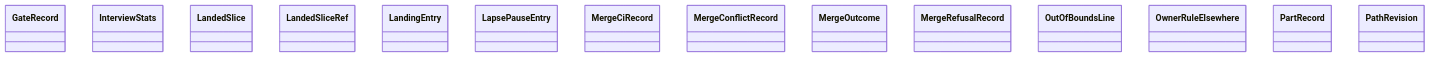
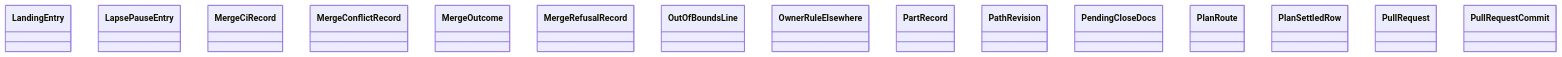
Before and after one commit to GonzaloZevallos/agentic-system: the diagram in docs/architecture/generated/classes-process-domain-state-5.md, drawn with Mermaid. The commit also changed other lines of this file and 22 other files, not shown here.

````diff
--- a/docs/architecture/generated/classes-process-domain-state-5.md
+++ b/docs/architecture/generated/classes-process-domain-state-5.md
@@ -25,17 +25,18 @@
 ```mermaid
 classDiagram
-    class task__GateRecord["GateRecord"]
-    class task__InterviewStats["InterviewStats"]
-    class task__LandedSlice["LandedSlice"]
-    class task__LandedSliceRef["LandedSliceRef"]
     class task__LandingEntry["LandingEntry"]
     class task__LapsePauseEntry["LapsePauseEntry"]
     class task__MergeCiRecord["MergeCiRecord"]
     class task__MergeConflictRecord["MergeConflictRecord"]
     class task__MergeOutcome["MergeOutcome"]
     class task__MergeRefusalRecord["MergeRefusalRecord"]
     class task__OutOfBoundsLine["OutOfBoundsLine"]
     class task__OwnerRuleElsewhere["OwnerRuleElsewhere"]
     class task__PartRecord["PartRecord"]
     class task__PathRevision["PathRevision"]
+    class task__PendingCloseDocs["PendingCloseDocs"]
+    class task__PlanRoute["PlanRoute"]
+    class task__PlanSettledRow["PlanSettledRow"]
+    class task__PullRequest["PullRequest"]
+    class task__PullRequestCommit["PullRequestCommit"]
 ```
````
